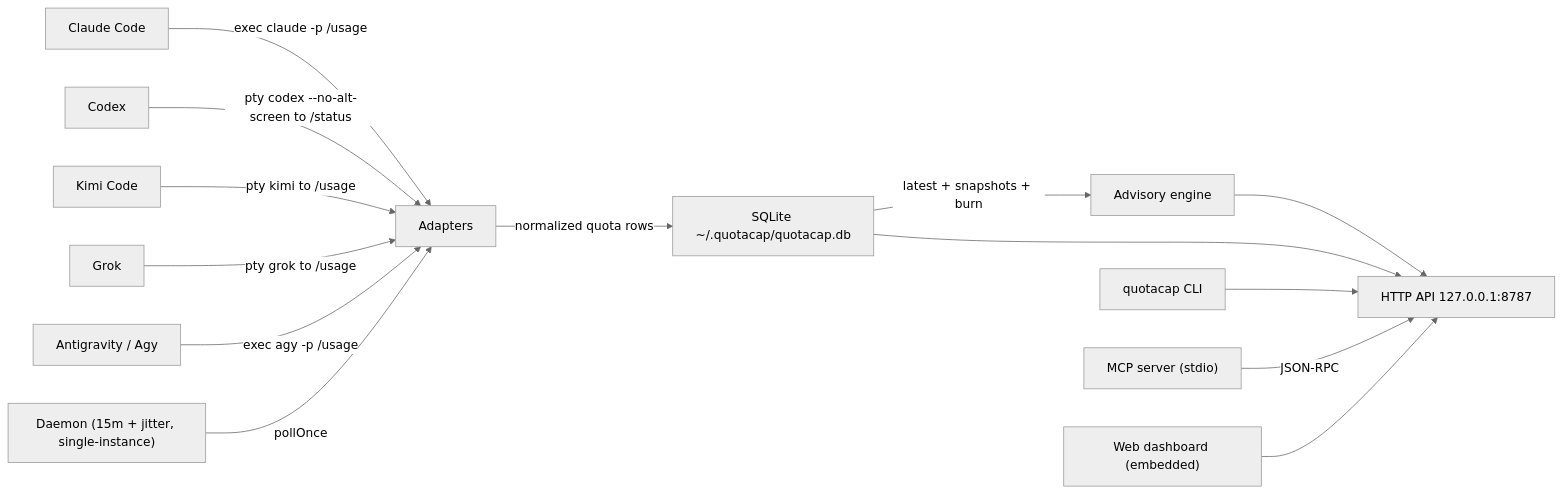
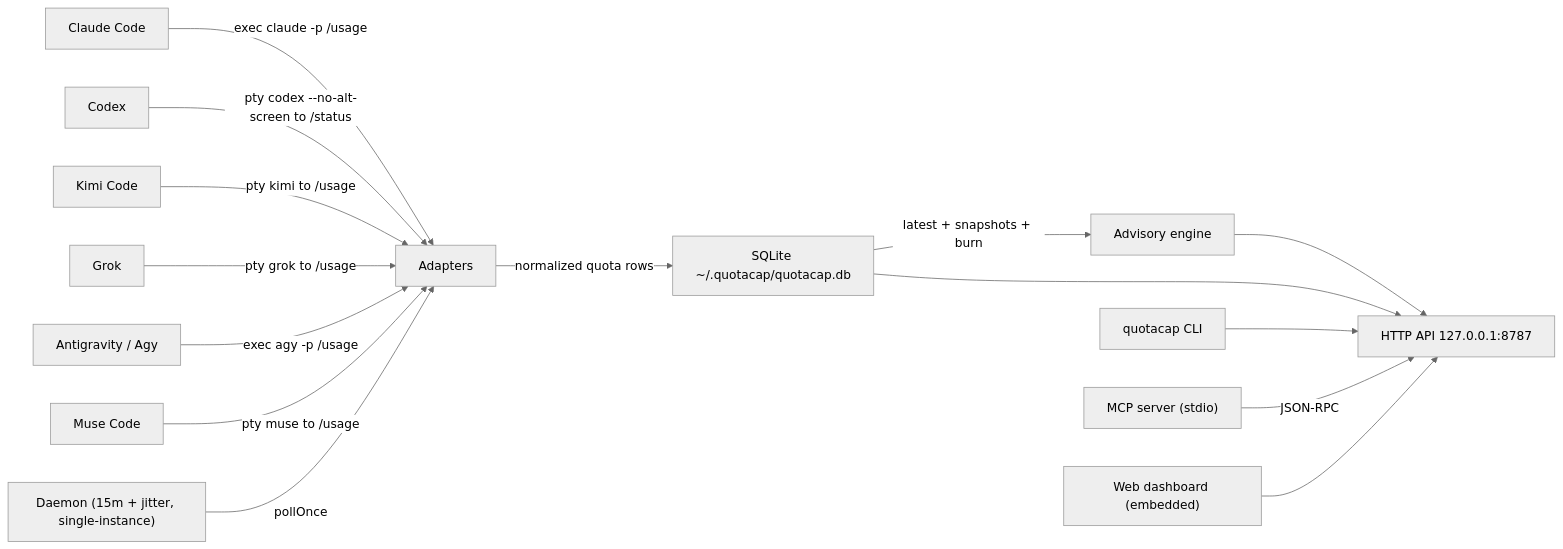
Before and after one commit to carlosboeing/quotacap: the diagram in docs/architecture.md, drawn with Mermaid (neutral theme). The commit also changed other lines of this file and 3 other files, not shown here.

First line of the commit message:
docs: reconcile README, architecture, changelog and roadmap (#55)

````diff
--- a/docs/architecture.md
+++ b/docs/architecture.md
@@ -41,24 +41,26 @@
 ```mermaid
 flowchart LR
   CP["Claude Code"]
   CX["Codex"]
   KM["Kimi Code"]
   GK["Grok"]
   AG["Antigravity / Agy"]
+  MS["Muse Code"]
 
   CP -->|exec claude -p /usage| AD["Adapters"]
   CX -->|pty codex --no-alt-screen to /status| AD
   KM -->|pty kimi to /usage| AD
   GK -->|pty grok to /usage| AD
   AG -->|exec agy -p /usage| AD
+  MS -->|pty muse to /usage| AD
 
   AD -->|normalized quota rows| ST["SQLite ~/.quotacap/quotacap.db"]
   DT["Daemon (15m + jitter, single-instance)"] -->|pollOnce| AD
   ST -->|latest + snapshots + burn| AE["Advisory engine"]
 
   AE --> API["HTTP API 127.0.0.1:8787"]
   ST --> API
   CLI["quotacap CLI"] --> API
   MCP["MCP server (stdio)"] -->|JSON-RPC| API
   WEB["Web dashboard (embedded)"] --> API
 ```
````
